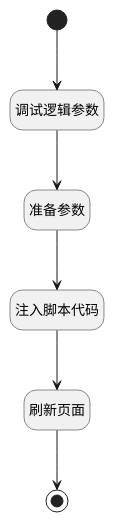
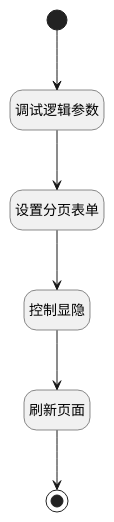
One commit to iBizLab/plm changed the diagram in doc/docsify/module/TestMgmt/review/uilogic/refresh_main_view.md. Above: the diagram before and after it, drawn with PlantUML. The commit also changed other lines of this file and 1778 other files, not shown here.

````diff
--- a/doc/docsify/module/TestMgmt/review/uilogic/refresh_main_view.md
+++ b/doc/docsify/module/TestMgmt/review/uilogic/refresh_main_view.md
@@ -7,27 +7,27 @@
 ```plantuml
 @startuml
 hide footbox
 <style>
 root {
   HyperlinkColor #42b983
 }
 </style>
 
 hide empty description
 state "开始" as Begin <<start>> [[$./refresh_main_view#begin {开始}]]
-state "注入脚本代码" as RAWJSCODE2  [[$./refresh_main_view#rawjscode2 {注入脚本代码}]]
 state "结束" as END1 <<end>> [[$./refresh_main_view#end1 {结束}]]
+state "设置分页表单" as PREPAREJSPARAM1  [[$./refresh_main_view#preparejsparam1 {设置分页表单}]]
 state "调试逻辑参数" as DEBUGPARAM1  [[$./refresh_main_view#debugparam1 {调试逻辑参数}]]
-state "准备参数" as PREPAREJSPARAM1  [[$./refresh_main_view#preparejsparam1 {准备参数}]]
+state "控制显隐" as RAWJSCODE2  [[$./refresh_main_view#rawjscode2 {控制显隐}]]
 state "刷新页面" as RAWJSCODE1  [[$./refresh_main_view#rawjscode1 {刷新页面}]]
 
 
 Begin --> DEBUGPARAM1
 DEBUGPARAM1 --> PREPAREJSPARAM1
 PREPAREJSPARAM1 --> RAWJSCODE2
 RAWJSCODE2 --> RAWJSCODE1
 RAWJSCODE1 --> END1
 
 
 @enduml
 ```
````
